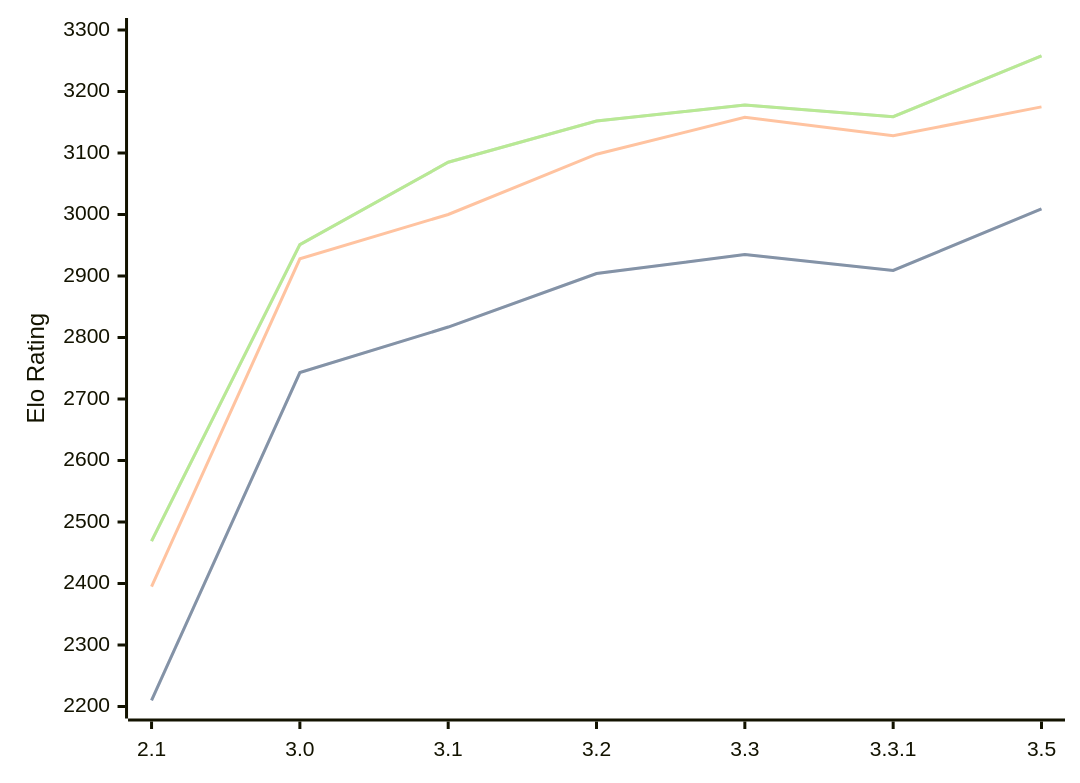
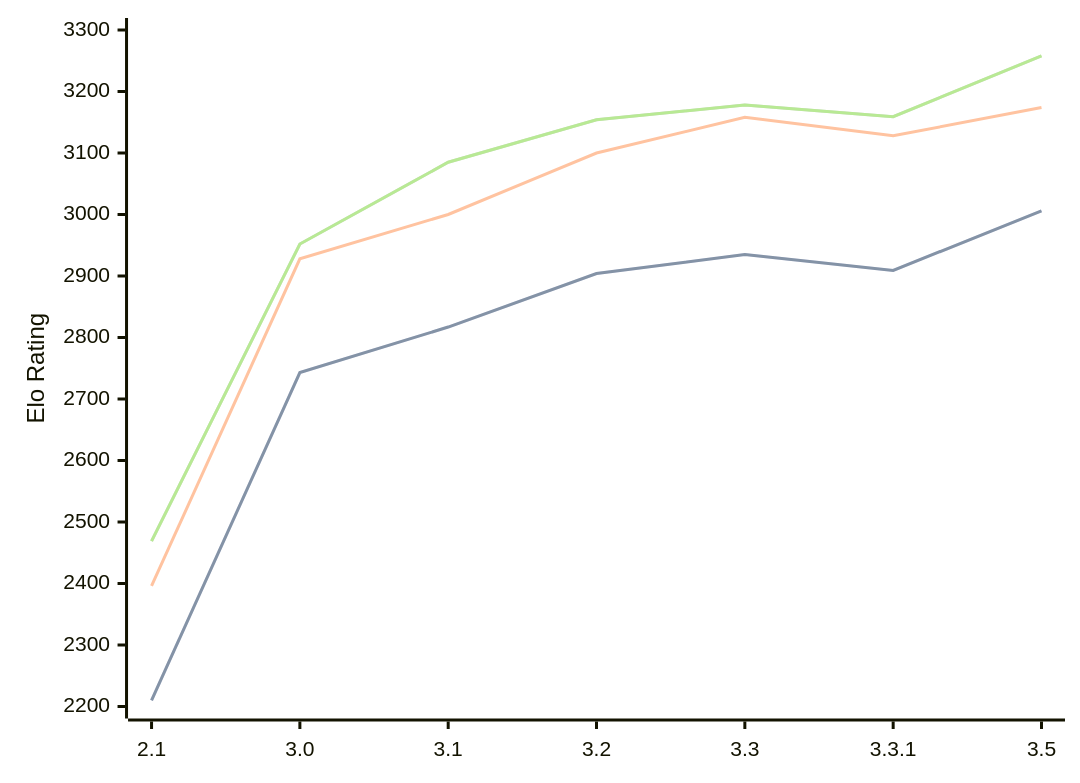
Before and after one commit to computer-chess-index/cci: the third of 3 diagrams in engines/Petrel.md, drawn with Mermaid. The commit also changed other lines of this file, not shown here.

Commit message:
Update CCI Ratings (ELO VLTC) - 2026-07-17

````diff
--- a/engines/Petrel.md
+++ b/engines/Petrel.md
@@ -79,11 +79,11 @@
 ```mermaid
 %%{init: {"theme":"base","themeVariables":{"seriesColors:['#a3a3a3','#222221','#faa371']}}}%%
 xychart-beta
   x-axis ["2.1", "3.0", "3.1", "3.2", "3.3", "3.3.1", "3.5"]
   y-axis "Elo Rating" 2200 --> 3300
-  line "STC (8.0+0.08s)" [2210, 2743, 2817, 2904, 2935, 2909, 3009]
-  line "STC (8.0+0.08s)" [2210, 2743, 2817, 2904, 2935, 2909, 3009]
-  line "LTC (60.0+0.60s)" [2395, 2928, 3000, 3098, 3158, 3128, 3175]
-  line "VLTC (2m24s+1.12s)" [2469, 2951, 3085, 3152, 3178, 3159, 3258]
-  line "VLTC (2m24s+1.12s)" [2469, 2951, 3085, 3152, 3178, 3159, 3258]
+  line "STC (8.0+0.08s)" [2210, 2743, 2817, 2904, 2935, 2909, 3006]
+  line "STC (8.0+0.08s)" [2210, 2743, 2817, 2904, 2935, 2909, 3006]
+  line "LTC (60.0+0.60s)" [2396, 2928, 3000, 3100, 3158, 3128, 3174]
+  line "VLTC (2m24s+1.12s)" [2469, 2952, 3085, 3154, 3178, 3159, 3258]
+  line "VLTC (2m24s+1.12s)" [2469, 2952, 3085, 3154, 3178, 3159, 3258]
 ```
````
